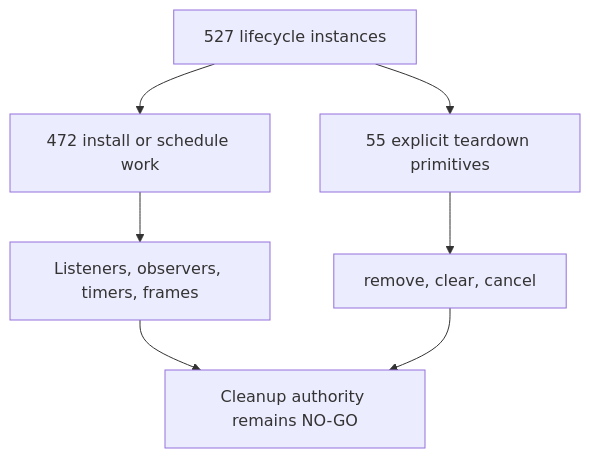
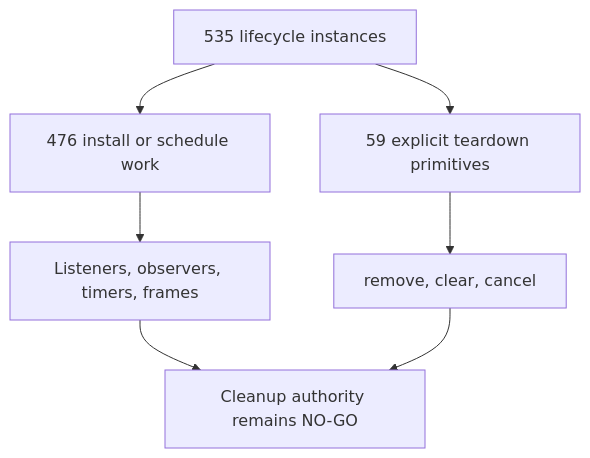
Before and after one commit to varshneydevansh/FilterTube: the first of 47 diagrams in docs/audit/FILTERTUBE_LIFECYCLE_INSTANCE_REGISTER_2026-05-18.md, drawn with Mermaid. The commit also changed other lines of this file and 701 other files, not shown here.

````diff
--- a/docs/audit/FILTERTUBE_LIFECYCLE_INSTANCE_REGISTER_2026-05-18.md
+++ b/docs/audit/FILTERTUBE_LIFECYCLE_INSTANCE_REGISTER_2026-05-18.md
@@ -120,9 +120,9 @@
 ```mermaid
 flowchart TD
-  A["527 lifecycle instances"] --> B["472 install or schedule work"]
-  A --> C["55 explicit teardown primitives"]
+  A["535 lifecycle instances"] --> B["476 install or schedule work"]
+  A --> C["59 explicit teardown primitives"]
   B --> D["Listeners, observers, timers, frames"]
   C --> E["remove, clear, cancel"]
   D --> F["Cleanup authority remains NO-GO"]
   E --> F
 ```
````
